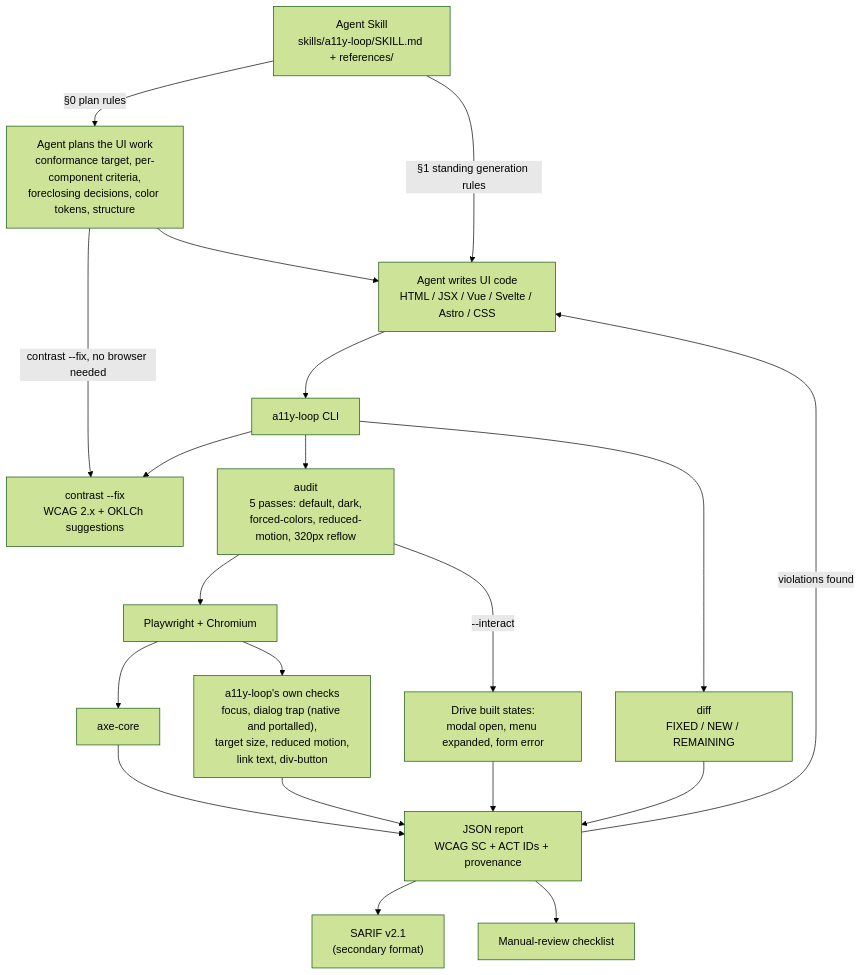
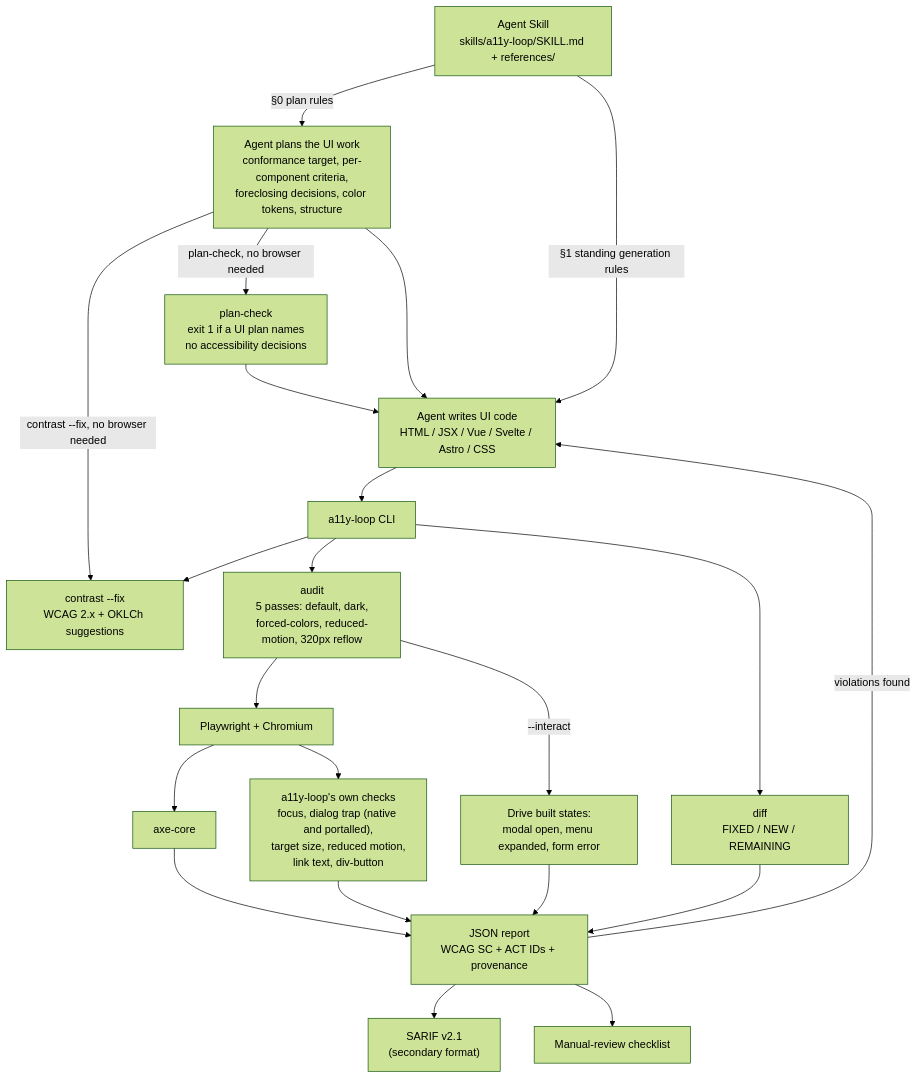
The first of 2 diagrams in website/guide/architecture.md (ChanMeng666/a11y-loop), drawn with Mermaid (forest theme) before and after one commit. The commit also changed other lines of this file and 15 other files, not shown here.

First line of the commit message:
docs: synchronise AGENTS.md, overview, roadmap and research briefings with 0.3.2

````diff
--- a/website/guide/architecture.md
+++ b/website/guide/architecture.md
@@ -14,22 +14,24 @@
 ```mermaid
 graph TD
     A["Agent Skill<br/>skills/a11y-loop/SKILL.md + references/"] -->|"§0 plan rules"| P["Agent plans the UI work<br/>conformance target, per-component criteria,<br/>foreclosing decisions, color tokens, structure"]
     P -->|"contrast --fix, no browser needed"| E
+    P -->|"plan-check, no browser needed"| Q["plan-check<br/>exit 1 if a UI plan names<br/>no accessibility decisions"]
+    Q --> B
     P --> B
     A -->|"§1 standing generation rules"| B["Agent writes UI code<br/>HTML / JSX / Vue / Svelte / Astro / CSS"]
     B --> C["a11y-loop CLI"]
     C --> D["audit<br/>5 passes: default, dark,<br/>forced-colors, reduced-motion, 320px reflow"]
     C --> E["contrast --fix<br/>WCAG 2.x + OKLCh suggestions"]
     C --> F["diff<br/>FIXED / NEW / REMAINING"]
     D --> G["Playwright + Chromium"]
     G --> H["axe-core"]
     G --> I["a11y-loop's own checks<br/>focus, dialog trap (native and portalled),<br/>target size, reduced motion,<br/>link text, div-button"]
     D -->|--interact| J["Drive built states:<br/>modal open, menu expanded, form error"]
     H --> K["JSON report<br/>WCAG SC + ACT IDs + provenance"]
     I --> K
     J --> K
     K --> L["SARIF v2.1<br/>(secondary format)"]
     K --> M["Manual-review checklist"]
     K -->|violations found| B
     F --> K
 ```
````
